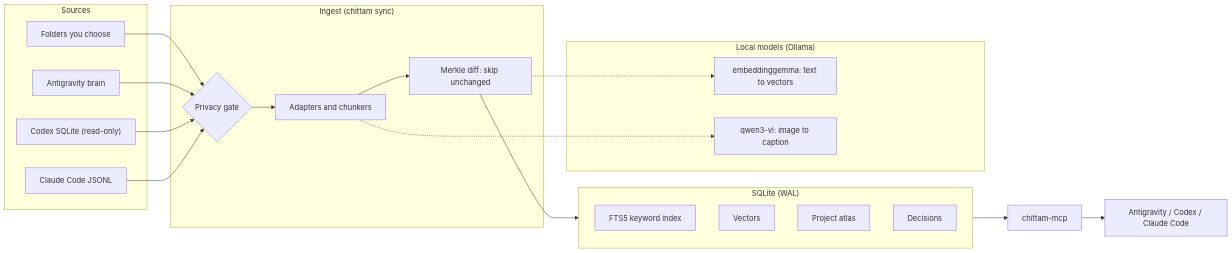
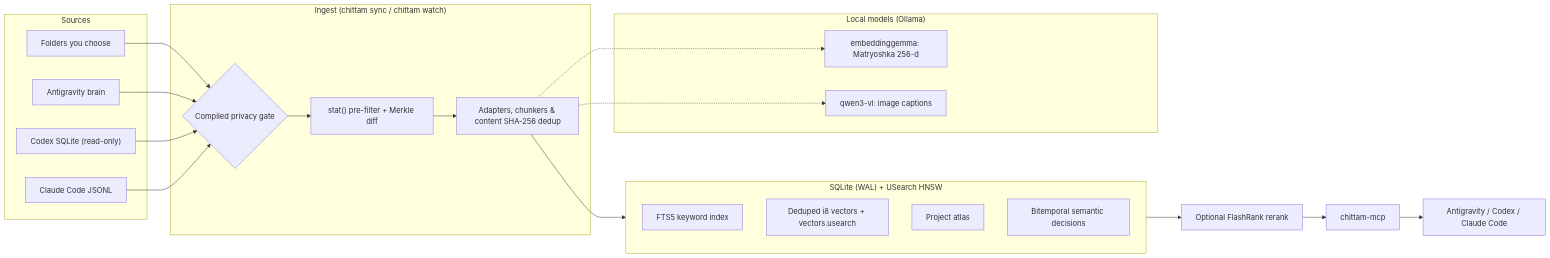
One commit to VAMFI/chittam changed the first of 2 diagrams in docs/ARCHITECTURE.md. Above: the diagram before and after it, drawn with Mermaid. The commit also changed other lines of this file and 22 other files, not shown here.

Commit message:
feat(engine): Chittam v0.2.0 core engine (USearch, Matryoshka i8, dedup, watch, rerank, doctor)

````diff
--- a/docs/ARCHITECTURE.md
+++ b/docs/ARCHITECTURE.md
@@ -33,33 +33,33 @@
 ```mermaid
 flowchart LR
     subgraph Sources
         F["Folders you choose"]
         AG["Antigravity brain"]
         CX["Codex SQLite (read-only)"]
         CC["Claude Code JSONL"]
     end
-    subgraph Ingest["Ingest (chittam sync)"]
-        PG{"Privacy gate"}
-        AD["Adapters and chunkers"]
-        MK["Merkle diff: skip unchanged"]
+    subgraph Ingest["Ingest (chittam sync / chittam watch)"]
+        PG{"Compiled privacy gate"}
+        ST["stat() pre-filter + Merkle diff"]
+        AD["Adapters, chunkers & content SHA-256 dedup"]
     end
     subgraph Models["Local models (Ollama)"]
-        EM["embeddinggemma: text to vectors"]
-        VL["qwen3-vl: image to caption"]
+        EM["embeddinggemma: Matryoshka 256-d"]
+        VL["qwen3-vl: image captions"]
     end
-    subgraph Store["SQLite (WAL)"]
+    subgraph Store["SQLite (WAL) + USearch HNSW"]
         FTS["FTS5 keyword index"]
-        VEC["Vectors"]
+        VEC["Deduped i8 vectors + vectors.usearch"]
         ATL["Project atlas"]
-        DEC["Decisions"]
+        DEC["Bitemporal semantic decisions"]
     end
     F --> PG
     AG --> PG
     CX --> PG
     CC --> PG
-    PG --> AD --> MK --> Store
+    PG --> ST --> AD --> Store
     AD -.-> VL
-    MK -.-> EM
-    Store --> MCP["chittam-mcp"]
+    AD -.-> EM
+    Store --> RR["Optional FlashRank rerank"] --> MCP["chittam-mcp"]
     MCP --> Agents["Antigravity / Codex / Claude Code"]
 ```
````
